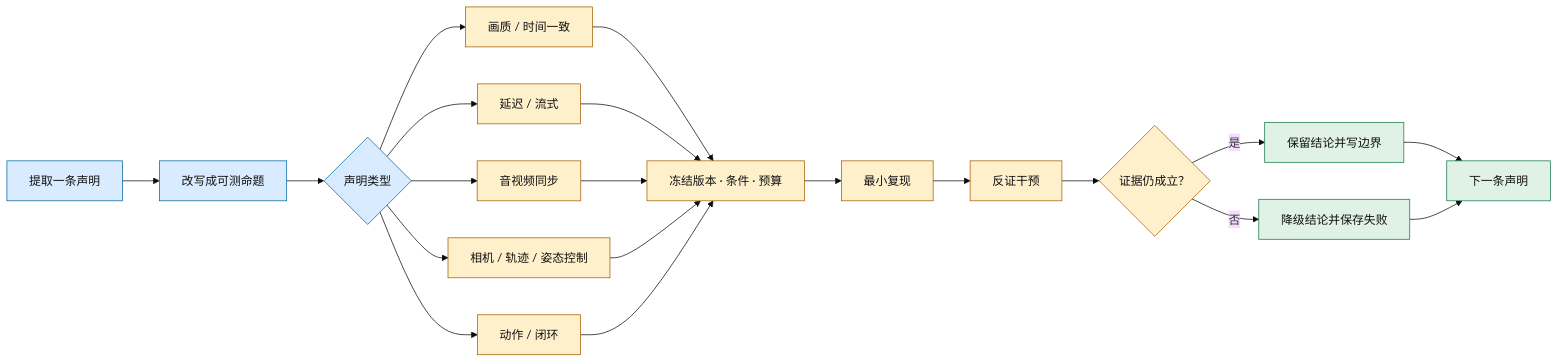
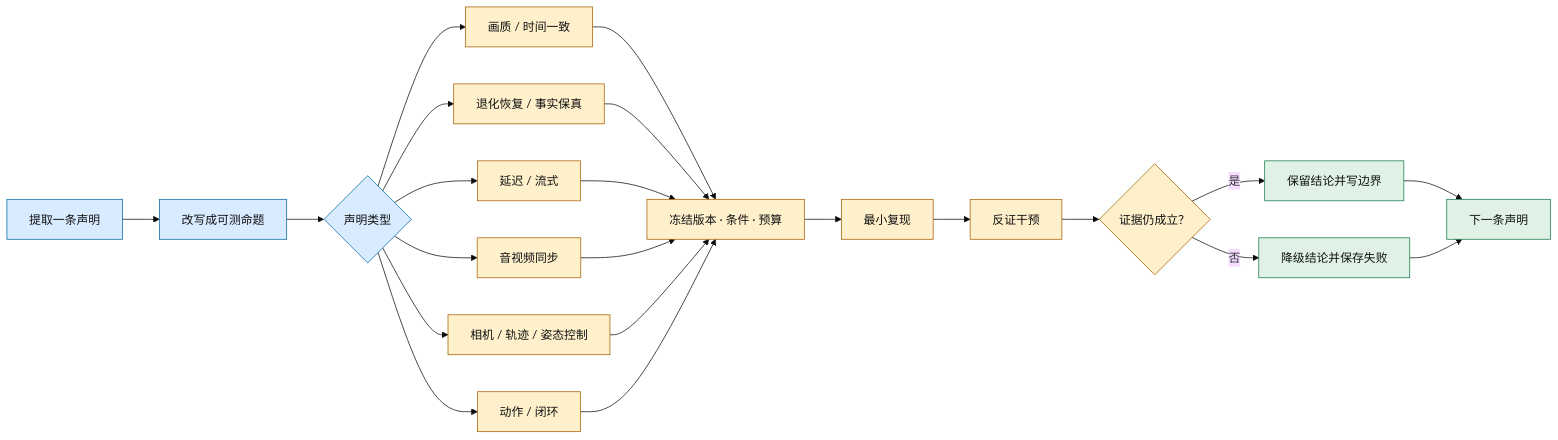
Before and after one commit to GVCLab/Video-Generation-101: the second of 2 diagrams in docs/reading-list.md, drawn with Mermaid (base theme). The commit also changed other lines of this file and 32 other files, not shown here.

````diff
--- a/docs/reading-list.md
+++ b/docs/reading-list.md
@@ -327,32 +437,34 @@
 ```mermaid
 flowchart LR
     accTitle: 从论文声明到保留或降级结论的验证回路
-    accDescr: 先把论文声明改写成可测量命题，再按声明类型选择质量、延迟、音视频同步、显式视觉控制或闭环控制协议。固定版本、条件和预算后运行最小复现，再加入最可能推翻结论的干预。证据通过则保留带边界的结论，否则降级并记录失败。
+    accDescr: 先把论文声明改写成可测量命题，再按声明类型选择质量、退化恢复、延迟、音视频同步、显式视觉控制或闭环控制协议。固定版本、条件和预算后运行最小复现，再加入最可能推翻结论的干预。证据通过则保留带边界的结论，否则降级并记录失败。
 
     C["提取一条声明"] --> M["改写成可测命题"]
     M --> T{"声明类型"}
     T --> Q["画质 / 时间一致"]
+    T --> E["退化恢复 / 事实保真"]
     T --> L["延迟 / 流式"]
     T --> A["音视频同步"]
     T --> V["相机 / 轨迹 / 姿态控制"]
     T --> W["动作 / 闭环"]
     Q --> F["冻结版本 · 条件 · 预算"]
+    E --> F
     L --> F
     A --> F
     V --> F
     W --> F
     F --> R["最小复现"]
     R --> X["反证干预"]
     X --> J{"证据仍成立？"}
     J -->|"是"| K["保留结论并写边界"]
     J -->|"否"| G["降级结论并保存失败"]
     K --> N["下一条声明"]
     G --> N
 
     classDef claim fill:#d9ecff,stroke:#0067a5,color:#111
     classDef test fill:#fff0cc,stroke:#a65f00,color:#111
     classDef outcome fill:#dff2e5,stroke:#147a4b,color:#111
     class C,M,T claim
-    class Q,L,A,V,W,F,R,X,J test
+    class Q,E,L,A,V,W,F,R,X,J test
     class K,G,N outcome
 ```
````
